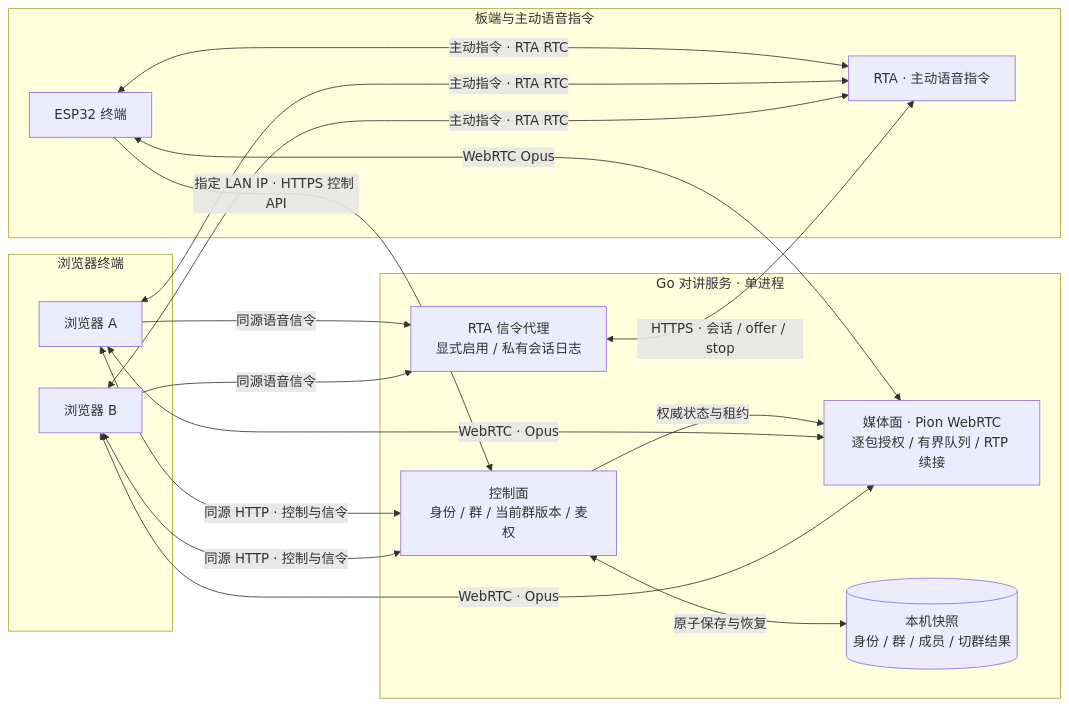
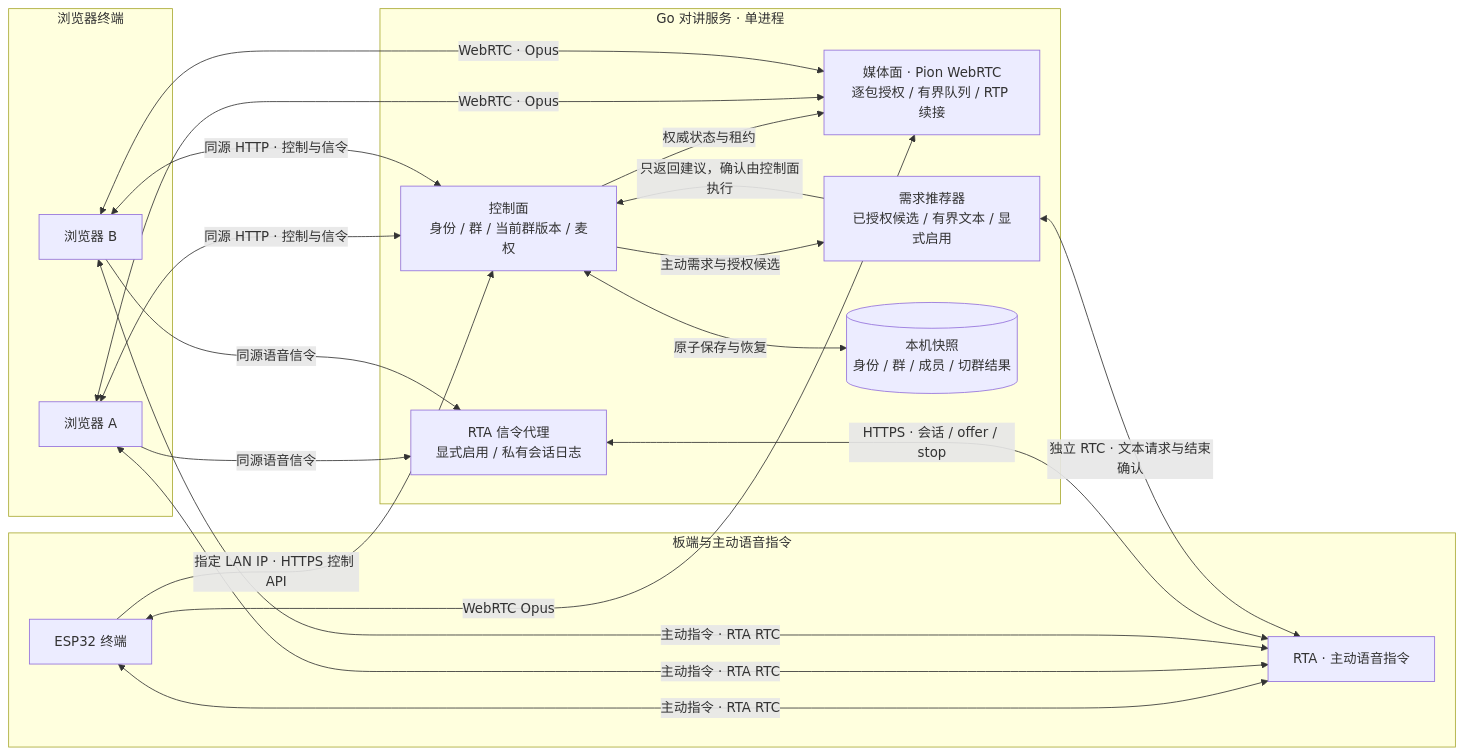
The first of 5 diagrams in README.md (iewiad/miku-intercom), drawn with Mermaid before and after one commit. The commit also changed other lines of this file and 47 other files, not shown here.

````diff
--- a/README.md
+++ b/README.md
@@ -19,31 +19,35 @@
 ```mermaid
 flowchart LR
     subgraph Clients[浏览器终端]
         A[浏览器 A]
         B[浏览器 B]
     end
     subgraph Server[Go 对讲服务 · 单进程]
         C[控制面<br/>身份 / 群 / 当前群版本 / 麦权]
         M[媒体面 · Pion WebRTC<br/>逐包授权 / 有界队列 / RTP 续接]
         V[RTA 信令代理<br/>显式启用 / 私有会话日志]
+        N[需求推荐器<br/>已授权候选 / 有界文本 / 显式启用]
         D[(本机快照<br/>身份 / 群 / 成员 / 切群结果)]
         C -->|权威状态与租约| M
         C <-->|原子保存与恢复| D
+        C -->|主动需求与授权候选| N
+        N -->|只返回建议，确认由控制面执行| C
     end
     A <-->|同源 HTTP · 控制与信令| C
     B <-->|同源 HTTP · 控制与信令| C
     A <-->|WebRTC · Opus| M
     B <-->|WebRTC · Opus| M
     subgraph Device[板端与主动语音指令]
         E[ESP32 终端]
         R[RTA · 主动语音指令]
     end
     E -->|指定 LAN IP · HTTPS 控制 API| C
     E <-->|WebRTC Opus| M
     E <-->|主动指令 · RTA RTC| R
     A <-->|主动指令 · RTA RTC| R
     B <-->|主动指令 · RTA RTC| R
     A -->|同源语音信令| V
     B -->|同源语音信令| V
     V <-->|HTTPS · 会话 / offer / stop| R
+    N <-->|独立 RTC · 文本请求与结束确认| R
 ```
````
